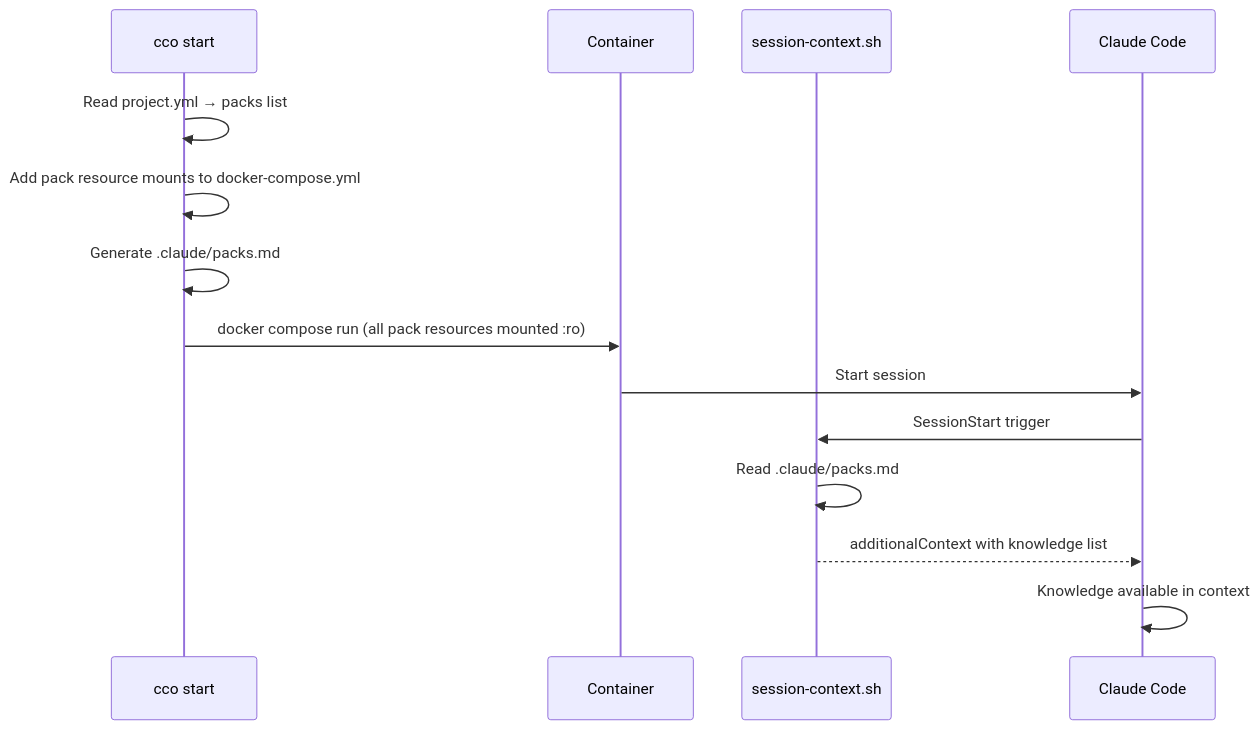
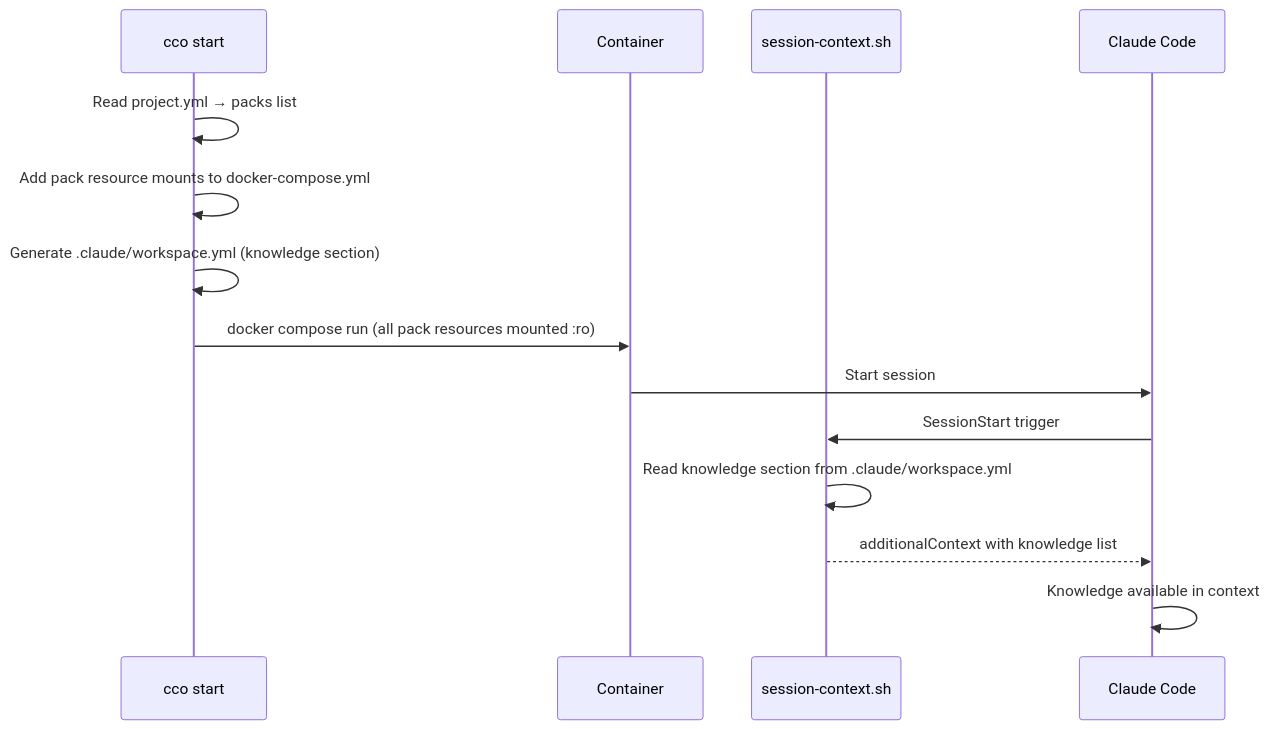
The diagram in docs/maintainers/packs/design/design-packs.md (alergyonthestage/claude-orchestrator), drawn with Mermaid before and after one commit. The commit also changed other lines of this file and 18 other files, not shown here.

First line of the commit message:
docs: repoint packs.md → unified workspace.yml surface (ADR-0041 R1)

````diff
--- a/docs/maintainers/packs/design/design-packs.md
+++ b/docs/maintainers/packs/design/design-packs.md
@@ -187,17 +188,17 @@
 ```mermaid
 sequenceDiagram
     participant CLI as cco start
     participant Docker as Container
     participant Hook as session-context.sh
     participant Claude as Claude Code
 
     CLI->>CLI: Read project.yml → packs list
     CLI->>CLI: Add pack resource mounts to docker-compose.yml
-    CLI->>CLI: Generate .claude/packs.md
+    CLI->>CLI: Generate .claude/workspace.yml (knowledge section)
     CLI->>Docker: docker compose run (all pack resources mounted :ro)
     Docker->>Claude: Start session
     Claude->>Hook: SessionStart trigger
-    Hook->>Hook: Read .claude/packs.md
+    Hook->>Hook: Read knowledge section from .claude/workspace.yml
     Hook-->>Claude: additionalContext with knowledge list
     Claude->>Claude: Knowledge available in context
 ```
````
